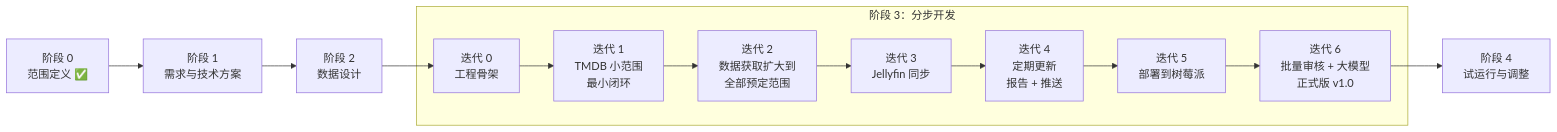
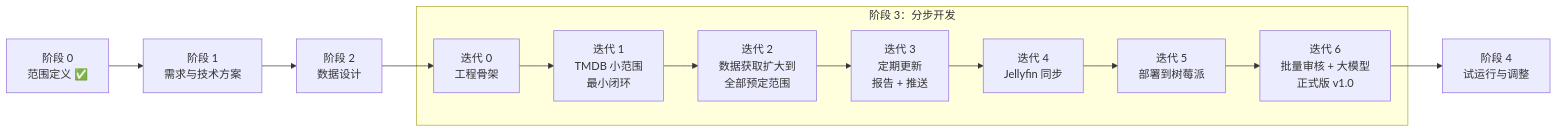
The first of 2 diagrams in docs/plan.md (hfeng-9527/Documentary), drawn with Mermaid before and after one commit. The commit also changed other lines of this file and 6 other files, not shown here.

````diff
--- a/docs/plan.md
+++ b/docs/plan.md
@@ -26,15 +26,15 @@
 ```mermaid
 flowchart LR
     P0["阶段 0<br/>范围定义 ✅"] --> P1["阶段 1<br/>需求与技术方案"]
     P1 --> P2["阶段 2<br/>数据设计"]
     P2 --> I0
     subgraph P3["阶段 3：分步开发"]
         I0["迭代 0<br/>工程骨架"] --> I1["迭代 1<br/>TMDB 小范围<br/>最小闭环"]
         I1 --> I2["迭代 2<br/>数据获取扩大到<br/>全部预定范围"]
-        I2 --> I3["迭代 3<br/>Jellyfin 同步"]
-        I3 --> I4["迭代 4<br/>定期更新<br/>报告 + 推送"]
+        I2 --> I3["迭代 3<br/>定期更新<br/>报告 + 推送"]
+        I3 --> I4["迭代 4<br/>Jellyfin 同步"]
         I4 --> I5["迭代 5<br/>部署到树莓派"]
         I5 --> I6["迭代 6<br/>批量审核 + 大模型<br/>正式版 v1.0"]
     end
     I6 --> P4["阶段 4<br/>试运行与调整"]
 ```
````
